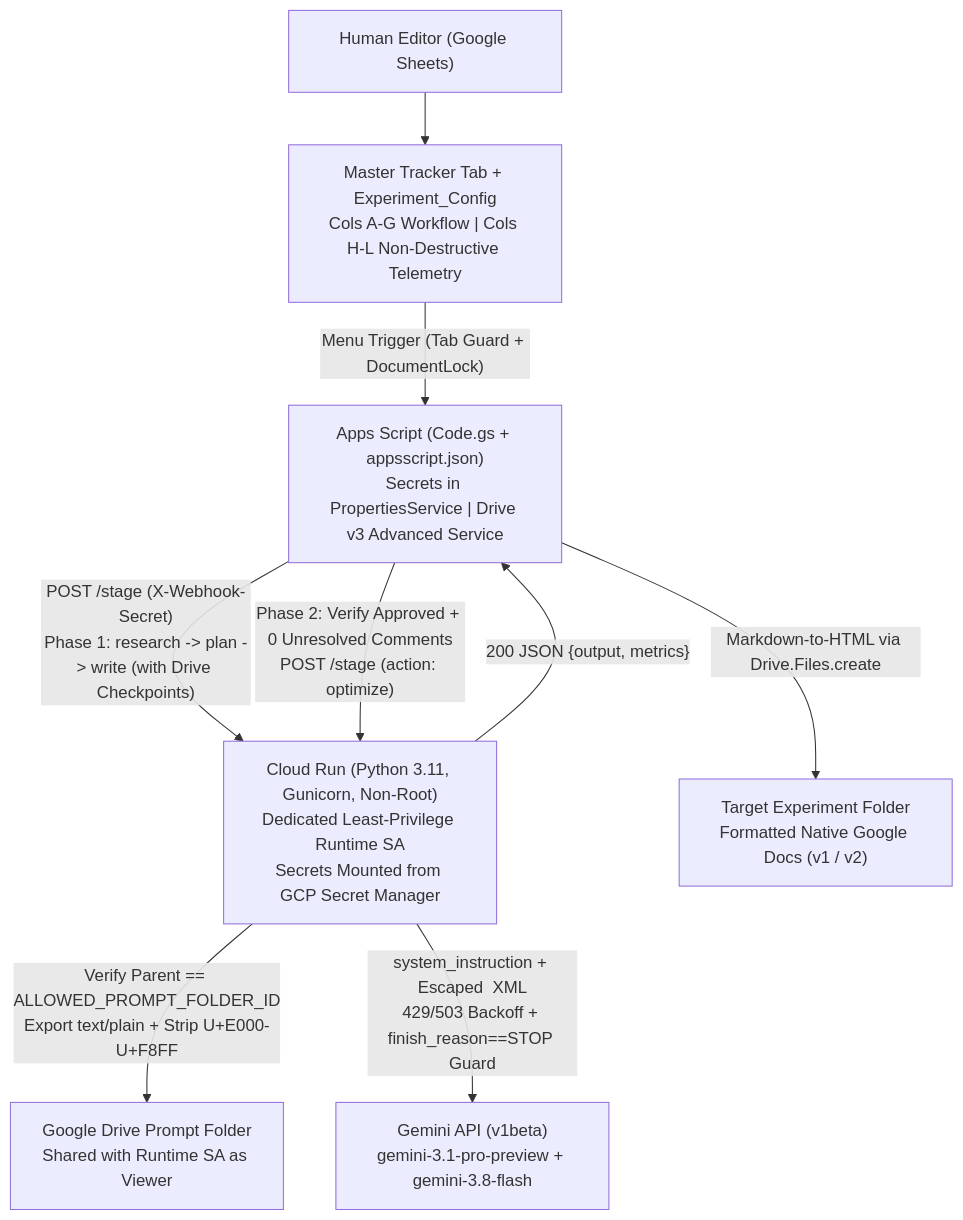
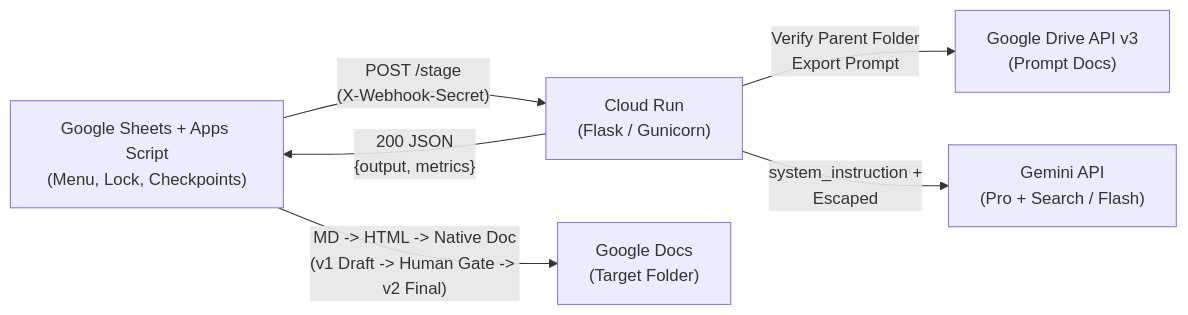
Before and after one commit to atanesyan-h-pm/hitl-content-engine: the diagram in README.md, drawn with Mermaid. The commit also changed other lines of this file and 3 other files, not shown here.

````diff
--- a/README.md
+++ b/README.md
@@ -24,14 +48,8 @@
 ```mermaid
-flowchart TD
-    Editor["Human Editor (Google Sheets)"] --> Sheet["Master Tracker Tab + Experiment_Config\nCols A-G Workflow | Cols H-L Non-Destructive Telemetry"]
-    Sheet -->|"Menu Trigger (Tab Guard + DocumentLock)"| GAS["Apps Script (Code.gs + appsscript.json)\nSecrets in PropertiesService | Drive v3 Advanced Service"]
-
-    GAS -->|"POST /stage (X-Webhook-Secret)\nPhase 1: research -> plan -> write (with Drive Checkpoints)"| CR["Cloud Run (Python 3.11, Gunicorn, Non-Root)\nDedicated Least-Privilege Runtime SA\nSecrets Mounted from GCP Secret Manager"]
-    GAS -->|"Phase 2: Verify Approved + 0 Unresolved Comments\nPOST /stage (action: optimize)"| CR
-
-    CR -->|"Verify Parent == ALLOWED_PROMPT_FOLDER_ID\nExport text/plain + Strip U+E000-U+F8FF"| Prompts["Google Drive Prompt Folder\nShared with Runtime SA as Viewer"]
-    CR -->|"system_instruction + Escaped <inputs> XML\n429/503 Backoff + finish_reason==STOP Guard"| Gemini["Gemini API (v1beta)\ngemini-3.1-pro-preview + gemini-3.8-flash"]
-    CR -->|"200 JSON {output, metrics}"| GAS
-
-    GAS -->|"Markdown-to-HTML via Drive.Files.create"| DriveOut["Target Experiment Folder\nFormatted Native Google Docs (v1 / v2)"]
+flowchart LR
+    Sheets["Google Sheets + Apps Script\n(Menu, Lock, Checkpoints)"] -->|"POST /stage\n(X-Webhook-Secret)"| CR["Cloud Run\n(Flask / Gunicorn)"]
+    CR -->|"Verify Parent Folder\nExport Prompt"| Drive["Google Drive API v3\n(Prompt Docs)"]
+    CR -->|"system_instruction +\nEscaped <inputs>"| Gemini["Gemini API\n(Pro + Search / Flash)"]
+    CR -->|"200 JSON\n{output, metrics}"| Sheets
+    Sheets -->|"MD -> HTML -> Native Doc\n(v1 Draft -> Human Gate -> v2 Final)"| Docs["Google Docs\n(Target Folder)"]
 ```
````
